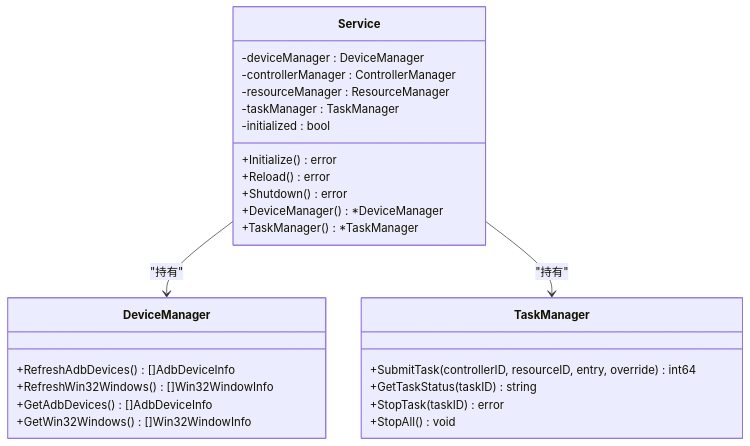
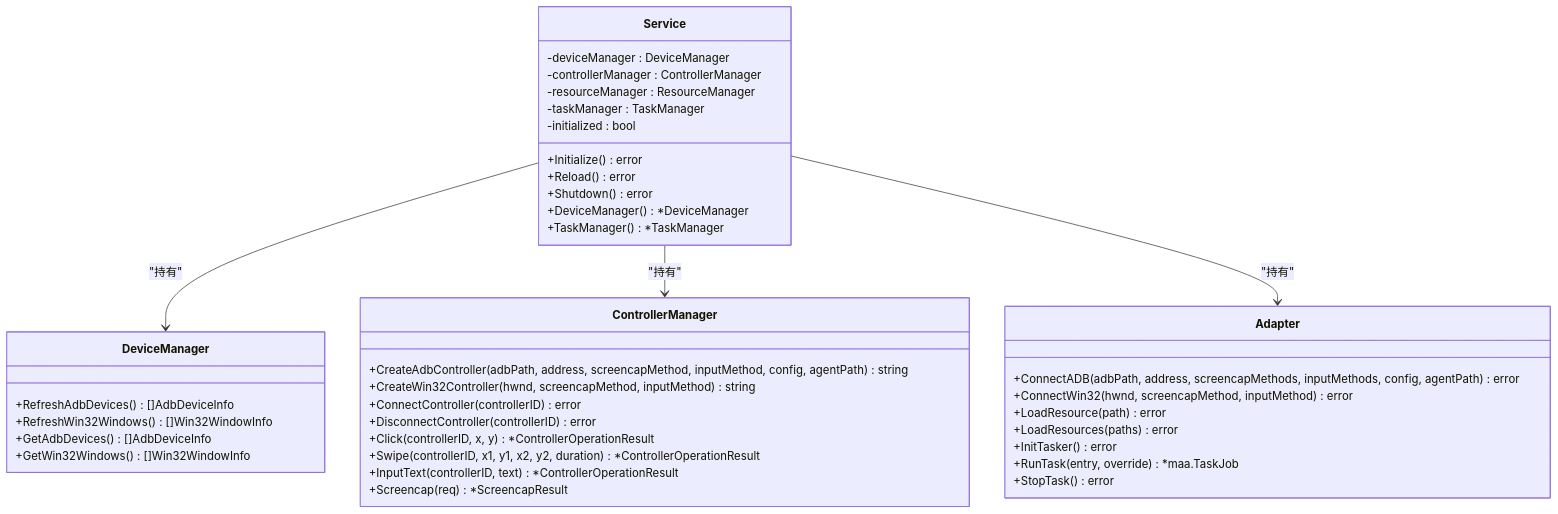
The seventh of 9 diagrams in .qoder/repowiki/zh/content/本地服务集成/本地服务集成.md (kqcoxn/MaaPipelineEditor), drawn with Mermaid before and after one commit. The commit also changed other lines of this file and 22 other files, not shown here.

````diff
--- a/.qoder/repowiki/zh/content/本地服务集成/本地服务集成.md
+++ b/.qoder/repowiki/zh/content/本地服务集成/本地服务集成.md
@@ -292,29 +309,43 @@
 ```mermaid
 classDiagram
 class Service {
 -deviceManager : DeviceManager
 -controllerManager : ControllerManager
 -resourceManager : ResourceManager
 -taskManager : TaskManager
 -initialized : bool
 +Initialize() error
 +Reload() error
 +Shutdown() error
 +DeviceManager() *DeviceManager
 +TaskManager() *TaskManager
 }
 class DeviceManager {
 +RefreshAdbDevices() []AdbDeviceInfo
 +RefreshWin32Windows() []Win32WindowInfo
 +GetAdbDevices() []AdbDeviceInfo
 +GetWin32Windows() []Win32WindowInfo
 }
-class TaskManager {
-+SubmitTask(controllerID, resourceID, entry, override) int64
-+GetTaskStatus(taskID) string
-+StopTask(taskID) error
-+StopAll() void
+class ControllerManager {
++CreateAdbController(adbPath, address, screencapMethod, inputMethod, config, agentPath) string
++CreateWin32Controller(hwnd, screencapMethod, inputMethod) string
++ConnectController(controllerID) error
++DisconnectController(controllerID) error
++Click(controllerID, x, y) *ControllerOperationResult
++Swipe(controllerID, x1, y1, x2, y2, duration) *ControllerOperationResult
++InputText(controllerID, text) *ControllerOperationResult
++Screencap(req) *ScreencapResult
+}
+class Adapter {
++ConnectADB(adbPath, address, screencapMethods, inputMethods, config, agentPath) error
++ConnectWin32(hwnd, screencapMethod, inputMethod) error
++LoadResource(path) error
++LoadResources(paths) error
++InitTasker() error
++RunTask(entry, override) *maa.TaskJob
++StopTask() error
 }
 Service --> DeviceManager : "持有"
-Service --> TaskManager : "持有"
+Service --> ControllerManager : "持有"
+Service --> Adapter : "持有"
 ```
````
